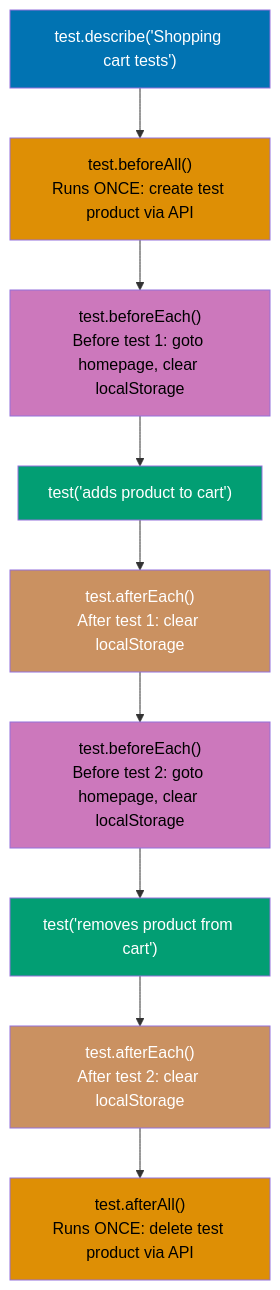
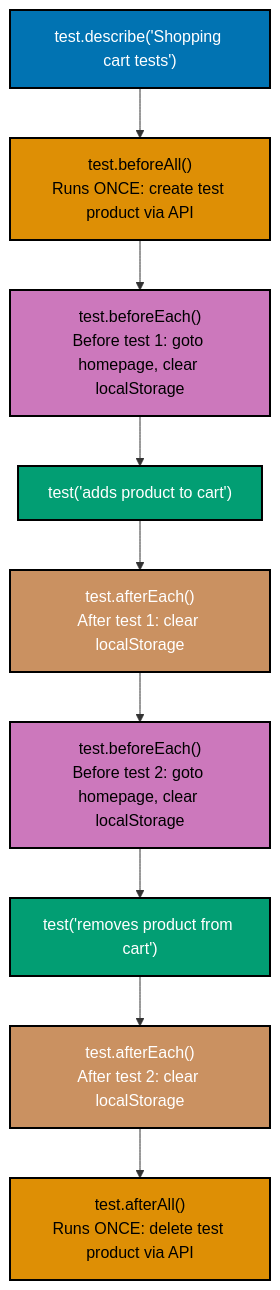
One commit to wahidyankf/open-sharia-enterprise changed diagram 13 of 15 in apps/ayokoding-web/content/en/learn/software-engineering/automation-testing/tools/playwright/by-example/intermediate.md. Above: the diagram before and after it, drawn with Mermaid. The commit also changed other lines of this file and 25 other files, not shown here.

````diff
--- a/apps/ayokoding-web/content/en/learn/software-engineering/automation-testing/tools/playwright/by-example/intermediate.md
+++ b/apps/ayokoding-web/content/en/learn/software-engineering/automation-testing/tools/playwright/by-example/intermediate.md
@@ -1880,22 +1880,22 @@
 ```mermaid
 %% Color Palette: Blue #0173B2, Orange #DE8F05, Teal #029E73, Purple #CC78BC, Brown #CA9161
 graph TD
     Suite["test.describe('Shopping cart tests')"] --> BeforeAll["test.beforeAll()<br/>Runs ONCE: create test product via API"]
     BeforeAll --> BeforeEach1["test.beforeEach()<br/>Before test 1: goto homepage, clear localStorage"]
     BeforeEach1 --> T1["test('adds product to cart')"]
     T1 --> AfterEach1["test.afterEach()<br/>After test 1: clear localStorage"]
     AfterEach1 --> BeforeEach2["test.beforeEach()<br/>Before test 2: goto homepage, clear localStorage"]
     BeforeEach2 --> T2["test('removes product from cart')"]
     T2 --> AfterEach2["test.afterEach()<br/>After test 2: clear localStorage"]
     AfterEach2 --> AfterAll["test.afterAll()<br/>Runs ONCE: delete test product via API"]
 
-    style Suite fill:#0173B2,color:#fff
-    style BeforeAll fill:#DE8F05,color:#000
-    style BeforeEach1 fill:#CC78BC,color:#000
-    style BeforeEach2 fill:#CC78BC,color:#000
-    style T1 fill:#029E73,color:#fff
-    style T2 fill:#029E73,color:#fff
-    style AfterEach1 fill:#CA9161,color:#fff
-    style AfterEach2 fill:#CA9161,color:#fff
-    style AfterAll fill:#DE8F05,color:#000
+    style Suite fill:#0173B2,stroke:#000000,stroke-width:2px,color:#fff
+    style BeforeAll fill:#DE8F05,stroke:#000000,stroke-width:2px,color:#000
+    style BeforeEach1 fill:#CC78BC,stroke:#000000,stroke-width:2px,color:#000
+    style BeforeEach2 fill:#CC78BC,stroke:#000000,stroke-width:2px,color:#000
+    style T1 fill:#029E73,stroke:#000000,stroke-width:2px,color:#fff
+    style T2 fill:#029E73,stroke:#000000,stroke-width:2px,color:#fff
+    style AfterEach1 fill:#CA9161,stroke:#000000,stroke-width:2px,color:#fff
+    style AfterEach2 fill:#CA9161,stroke:#000000,stroke-width:2px,color:#fff
+    style AfterAll fill:#DE8F05,stroke:#000000,stroke-width:2px,color:#000
 ```
````
